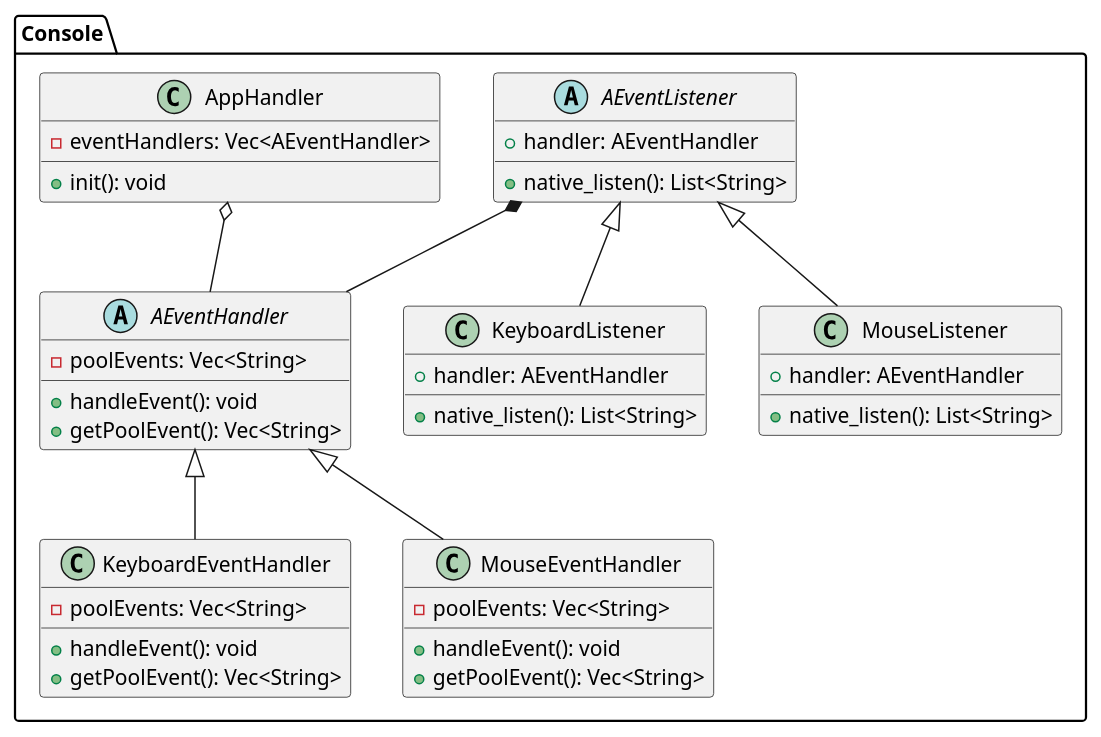
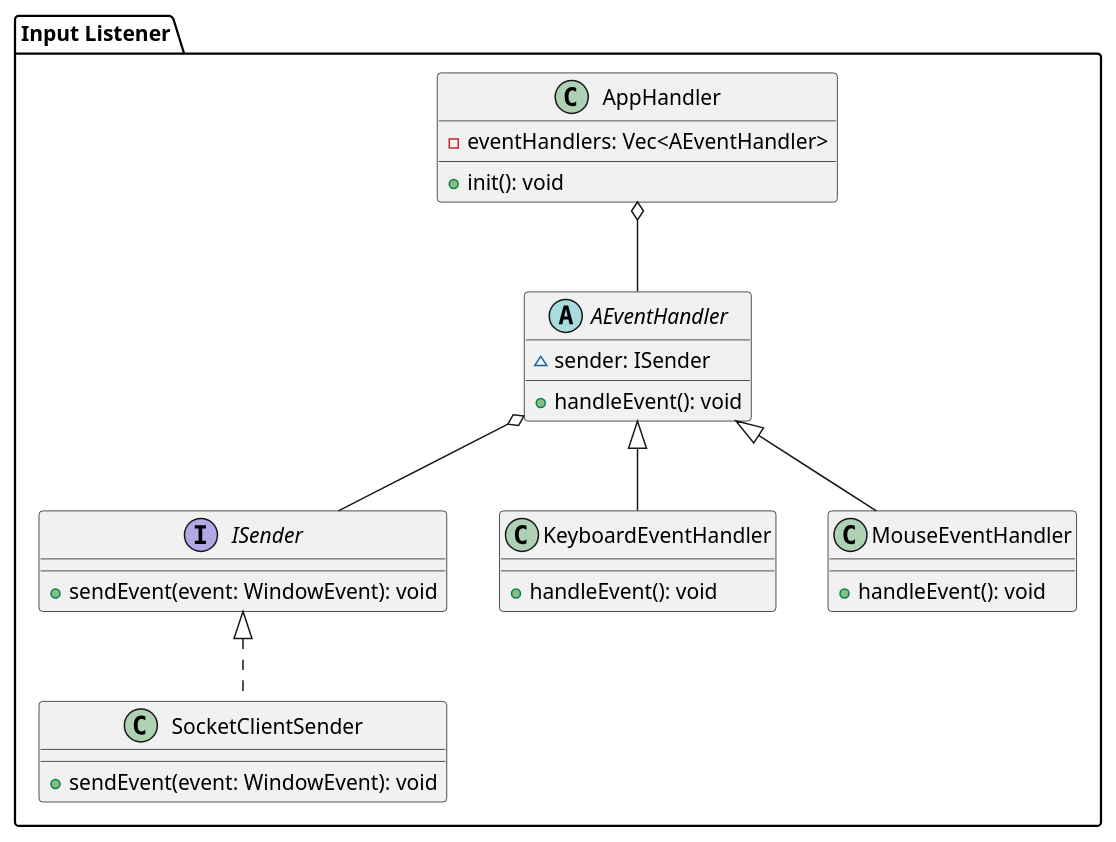
The diagram in uml/backend-software-system/input-listener.puml (Pending-Name-21/arquitecture), drawn with PlantUML before and after one commit.

Commit message:
ci: input listener uml changed according to the new architecture

```diff
--- a/uml/backend-software-system/input-listener.puml
+++ b/uml/backend-software-system/input-listener.puml
@@ -1,53 +1,40 @@
-@startuml input-listener-console
-package "Console" {
+@startuml input-listener-screen
+package "Input Listener" {
 
-    abstract class AEventListener {
-        +handler: AEventHandler
-        +native_listen(): List<String>
+    interface ISender {
+        +sendEvent(event: WindowEvent): void
     }
 
-    class KeyboardListener {
-        +handler: AEventHandler
-        +native_listen(): List<String>
+    class SocketClientSender {
+        +sendEvent(event: WindowEvent): void
     }
 
-    class MouseListener {
-        +handler: AEventHandler
-        +native_listen(): List<String>
-    }
-
-    AEventListener <|-- KeyboardListener
-    AEventListener <|-- MouseListener
+    ISender <|.. SocketClientSender
 
     abstract class AEventHandler {
-        -poolEvents: Vec<String>
+        ~sender: ISender
         +handleEvent(): void
-        +getPoolEvent(): Vec<String>
     }
 
     class KeyboardEventHandler {
-        -poolEvents: Vec<String>
         +handleEvent(): void
-        +getPoolEvent(): Vec<String>
     }
 
     class MouseEventHandler {
-        -poolEvents: Vec<String>
         +handleEvent(): void
-        +getPoolEvent(): Vec<String>
     }
 
     AEventHandler <|-- KeyboardEventHandler
     AEventHandler <|-- MouseEventHandler
 
-    AEventListener *-- AEventHandler 
+    AEventHandler o-- ISender
 
     class AppHandler {
         -eventHandlers: Vec<AEventHandler>
         +init(): void
     }
 
     AppHandler o-- AEventHandler  
 
 }
 @enduml
```
